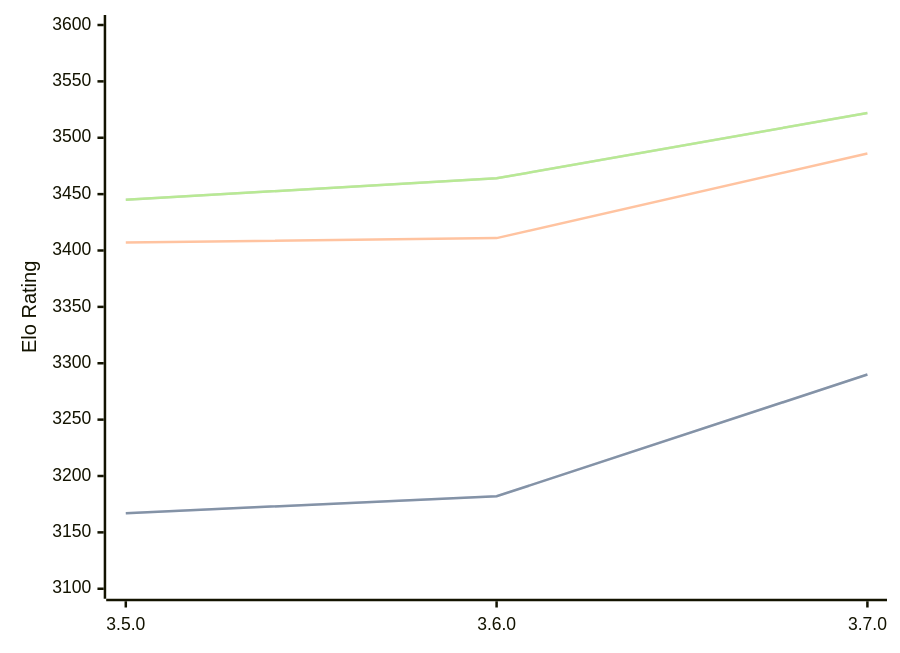
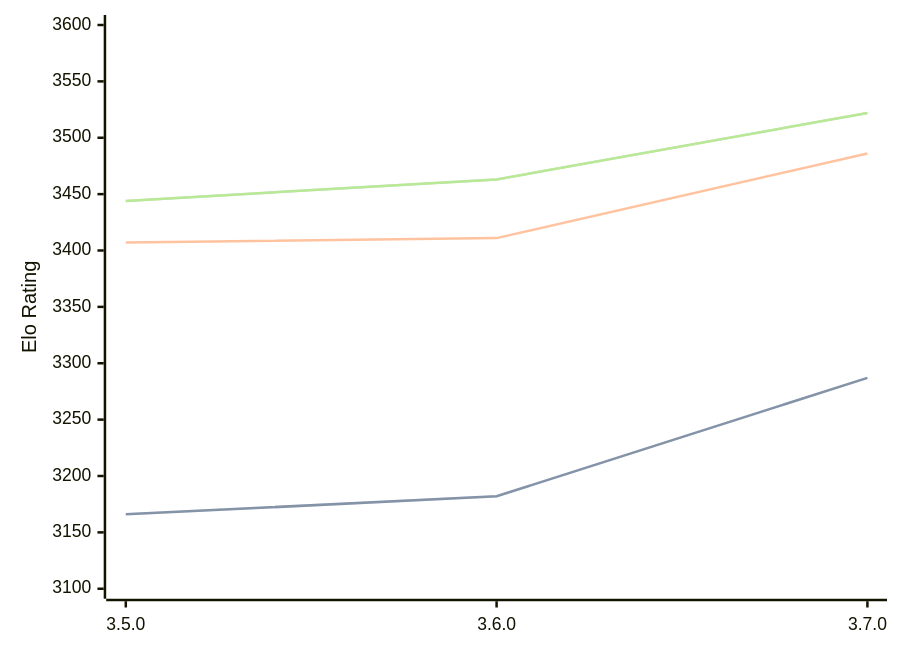
One commit to computer-chess-index/cci changed the diagram in engines/Igel.md. Above: the diagram before and after it, drawn with Mermaid. The commit also changed other lines of this file, not shown here.

Commit message:
Update CCI Ratings (ELO VLTC) - 2026-09-11

````diff
--- a/engines/Igel.md
+++ b/engines/Igel.md
@@ -33,11 +33,11 @@
 ```mermaid
 %%{init: {"theme":"base","themeVariables":{"seriesColors:['#a3a3a3','#222221','#faa371']}}}%%
 xychart-beta
   x-axis ["3.5.0", "3.6.0", "3.7.0"]
   y-axis "Elo Rating" 3100 --> 3600
-  line "" [3167, 3182, 3290]
-  line "STC (8.0+0.08s)" [3167, 3182, 3290]
+  line "" [3166, 3182, 3287]
+  line "STC (8.0+0.08s)" [3166, 3182, 3287]
   line "LTC (60.0+0.60s)" [3407, 3411, 3486]
-  line "" [3445, 3464, 3522]
-  line "VLTC (2m24s+1.12s)" [3445, 3464, 3522]
+  line "" [3444, 3463, 3522]
+  line "VLTC (2m24s+1.12s)" [3444, 3463, 3522]
 ```
````
